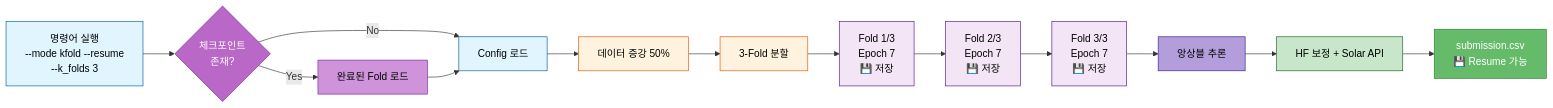
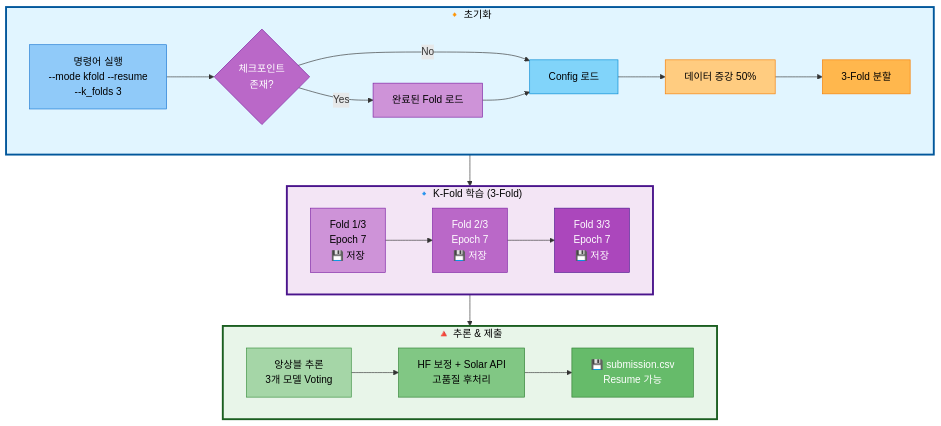
One commit to AIBootcamp14/naturallanguageprocessingcompetition-nlp-1 changed the fourth of 6 diagrams in docs/모듈화/04_02_KoBART_단일모델_최강_성능_전략.md. Above: the diagram before and after it, drawn with Mermaid. The commit also changed other lines of this file, not shown here.

````diff
--- a/docs/모듈화/04_02_KoBART_단일모델_최강_성능_전략.md
+++ b/docs/모듈화/04_02_KoBART_단일모델_최강_성능_전략.md
@@ -528,28 +537,47 @@
 ```mermaid
-graph LR
-    A[명령어 실행<br/>--mode kfold --resume<br/>--k_folds 3] --> CP1{체크포인트<br/>존재?}
-    CP1 -->|Yes| CP2[완료된 Fold 로드]
-    CP1 -->|No| B[Config 로드]
-    CP2 --> B
-    B --> C[데이터 증강 50%]
-    C --> D[3-Fold 분할]
-    D --> E[Fold 1/3<br/>Epoch 7<br/>💾 저장]
-    E --> F[Fold 2/3<br/>Epoch 7<br/>💾 저장]
-    F --> G[Fold 3/3<br/>Epoch 7<br/>💾 저장]
-    G --> H[앙상블 추론]
-    H --> I[HF 보정 + Solar API]
-    I --> J[submission.csv<br/>💾 Resume 가능]
-
-    style A fill:#e1f5ff,stroke:#01579b,color:#000
+graph TB
+    subgraph Init["🔸 초기화"]
+        direction LR
+        A[명령어 실행<br/>--mode kfold --resume<br/>--k_folds 3] --> CP1{체크포인트<br/>존재?}
+        CP1 -->|Yes| CP2[완료된 Fold 로드]
+        CP1 -->|No| B[Config 로드]
+        CP2 --> B
+        B --> C[데이터 증강 50%]
+        C --> D[3-Fold 분할]
+    end
+    
+    subgraph Training["🔹 K-Fold 학습 (3-Fold)"]
+        direction LR
+        E[Fold 1/3<br/>Epoch 7<br/>💾 저장] --> F[Fold 2/3<br/>Epoch 7<br/>💾 저장]
+        F --> G[Fold 3/3<br/>Epoch 7<br/>💾 저장]
+    end
+    
+    subgraph Output["🔺 추론 & 제출"]
+        direction LR
+        H[앙상블 추론<br/>3개 모델 Voting] --> I[HF 보정 + Solar API<br/>고품질 후처리]
+        I --> J[💾 submission.csv<br/>Resume 가능]
+    end
+    
+    %% 단계 간 연결 (세로)
+    Init --> Training
+    Training --> Output
+    
+    %% Subgraph 스타일
+    style Init fill:#e1f5ff,stroke:#01579b,stroke-width:3px,color:#000
+    style Training fill:#f3e5f5,stroke:#4a148c,stroke-width:3px,color:#000
+    style Output fill:#e8f5e9,stroke:#1b5e20,stroke-width:3px,color:#000
+    
+    %% 노드 스타일
+    style A fill:#90caf9,stroke:#1976d2,color:#000
     style CP1 fill:#ba68c8,stroke:#7b1fa2,color:#fff
     style CP2 fill:#ce93d8,stroke:#7b1fa2,color:#000
-    style B fill:#e1f5ff,stroke:#01579b,color:#000
-    style C fill:#fff3e0,stroke:#e65100,color:#000
-    style D fill:#fff3e0,stroke:#e65100,color:#000
-    style E fill:#f3e5f5,stroke:#4a148c,color:#000
-    style F fill:#f3e5f5,stroke:#4a148c,color:#000
-    style G fill:#f3e5f5,stroke:#4a148c,color:#000
-    style H fill:#b39ddb,stroke:#311b92,color:#000
-    style I fill:#c8e6c9,stroke:#1b5e20,color:#000
+    style B fill:#81d4fa,stroke:#0288d1,color:#000
+    style C fill:#ffcc80,stroke:#f57c00,color:#000
+    style D fill:#ffb74d,stroke:#f57c00,color:#000
+    style E fill:#ce93d8,stroke:#7b1fa2,color:#000
+    style F fill:#ba68c8,stroke:#7b1fa2,color:#fff
+    style G fill:#ab47bc,stroke:#4a148c,color:#fff
+    style H fill:#a5d6a7,stroke:#388e3c,color:#000
+    style I fill:#81c784,stroke:#2e7d32,color:#000
     style J fill:#66bb6a,stroke:#2e7d32,color:#fff
 ```
````
